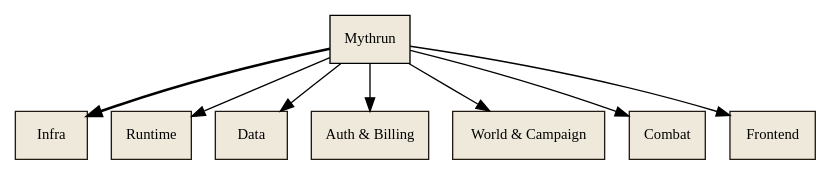
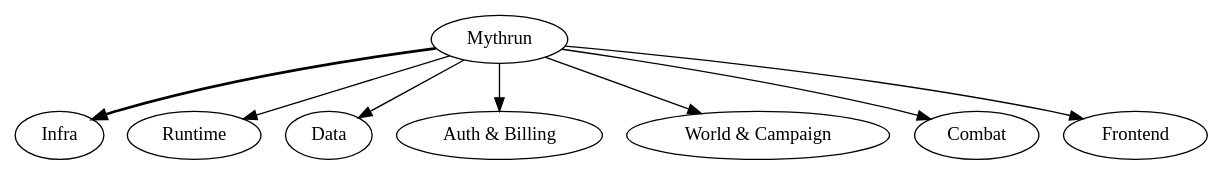
Before and after one commit to mythrun/mythrun: the diagram in docs/wiki/diagrams/index/wiki-map.dot, drawn with Graphviz. The commit also changed 7 other files, not shown here.

First line of the commit message:
fix(wiki): polish pass — lockup size, favicon, diagram text overflow

```diff
--- a/docs/wiki/diagrams/index/wiki-map.dot
+++ b/docs/wiki/diagrams/index/wiki-map.dot
@@ -1,28 +1,29 @@
 digraph wiki_map {
   // Landing page "map of the wiki" — seven sections with Infra centered as the
   // primary visualization target. The Mythrun quill mark is conceptually the
   // root of the tree.
   rankdir=TB;
-  node [shape=box, style="filled", fillcolor="#EFE9DC", color="#231B12", fontname="IBM Plex Mono", fontsize=11];
+  // Node defaults inherited from layout/dot-header.dot (box, filled, paper/ink,
+  // Courier for accurate box-sizing, 11pt, 1.5 penwidth, 0.22/0.12 margin).
 
   root [label="Mythrun", color="ember", fontcolor="ember"];
 
   infra     [label="Infra"];
   runtime   [label="Runtime"];
   data      [label="Data"];
   authbill  [label="Auth & Billing"];
   world     [label="World & Campaign"];
   combat    [label="Combat"];
   frontend  [label="Frontend"];
 
   { rank=same; infra runtime data }
   { rank=same; authbill world combat frontend }
 
   root -> infra [color="ember", penwidth=2];
   root -> runtime;
   root -> data;
   root -> authbill;
   root -> world;
   root -> combat;
   root -> frontend;
 }
```
